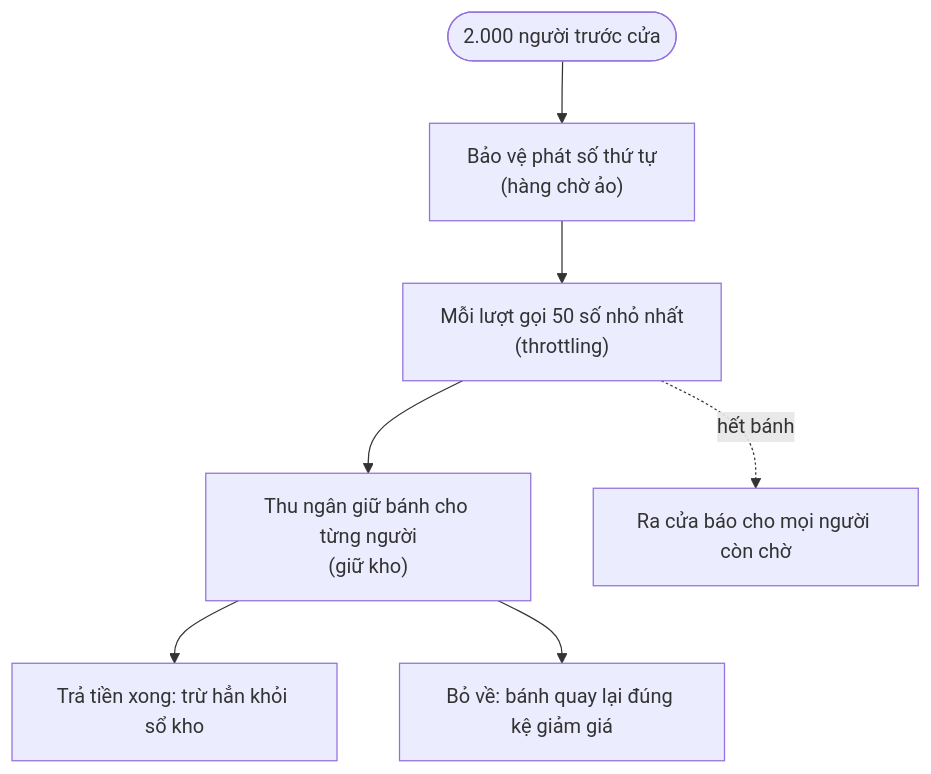
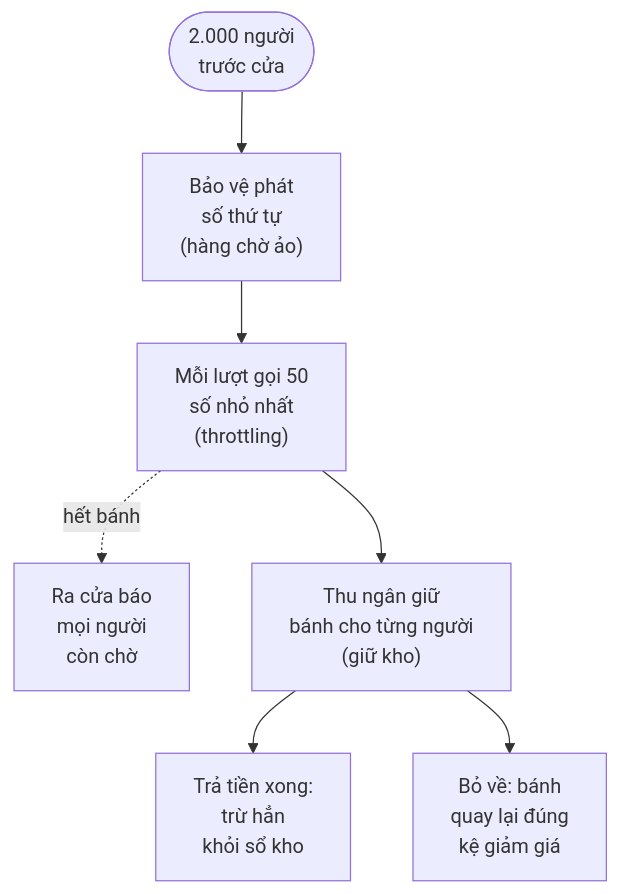
The first of 3 diagrams in content/posts/2026-11-21-shopify-flash-sale.md (duongbui234/software-engineering-atlas), drawn with Mermaid before and after one commit. The commit also changed other lines of this file and 134 other files, not shown here.

First line of the commit message:
Fit every Mermaid diagram at 390px without sideways scroll (#56)

````diff
--- a/content/posts/2026-11-21-shopify-flash-sale.md
+++ b/content/posts/2026-11-21-shopify-flash-sale.md
@@ -57,9 +57,9 @@
 ```mermaid
 flowchart TB
-    A(["2.000 người trước cửa"]) --> B["Bảo vệ phát số thứ tự<br/>(hàng chờ ảo)"]
-    B --> C["Mỗi lượt gọi 50 số nhỏ nhất<br/>(throttling)"]
-    C --> D["Thu ngân giữ bánh cho từng người<br/>(giữ kho)"]
-    D --> E["Trả tiền xong: trừ hẳn khỏi sổ kho"]
-    D --> F["Bỏ về: bánh quay lại đúng kệ giảm giá"]
-    C -. "hết bánh" .-> G["Ra cửa báo cho mọi người còn chờ"]
+    A(["2.000 người<br/>trước cửa"]) --> B["Bảo vệ phát<br/>số thứ tự<br/>(hàng chờ ảo)"]
+    B --> C["Mỗi lượt gọi 50<br/>số nhỏ nhất<br/>(throttling)"]
+    C -. "hết bánh" .-> G["Ra cửa báo<br/>mọi người<br/>còn chờ"]
+    C --> D["Thu ngân giữ<br/>bánh cho từng người<br/>(giữ kho)"]
+    D --> E["Trả tiền xong:<br/>trừ hẳn<br/>khỏi sổ kho"]
+    D --> F["Bỏ về: bánh<br/>quay lại đúng<br/>kệ giảm giá"]
 ```
````
